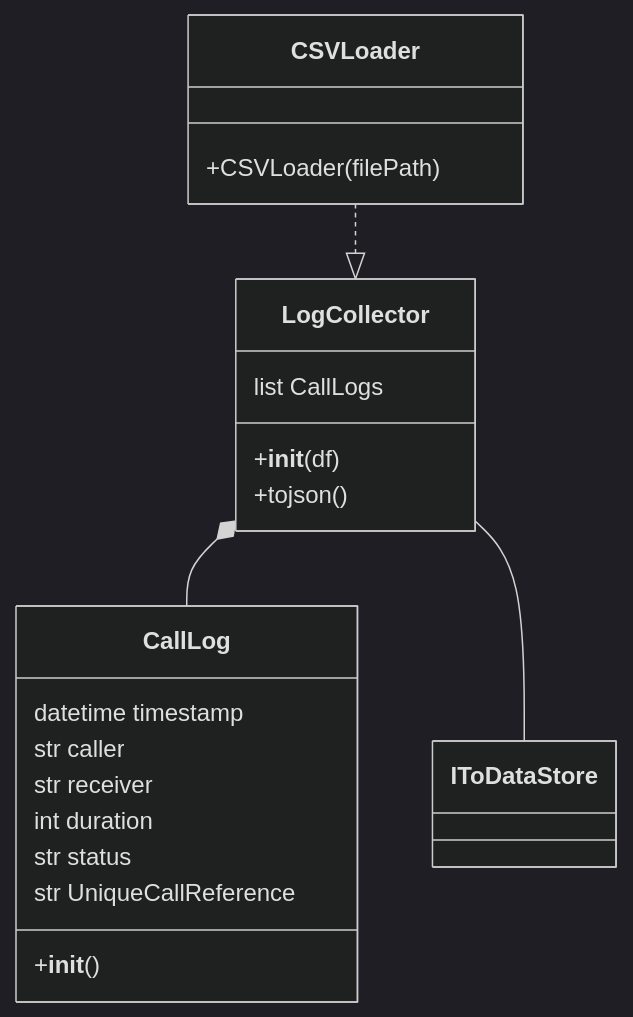
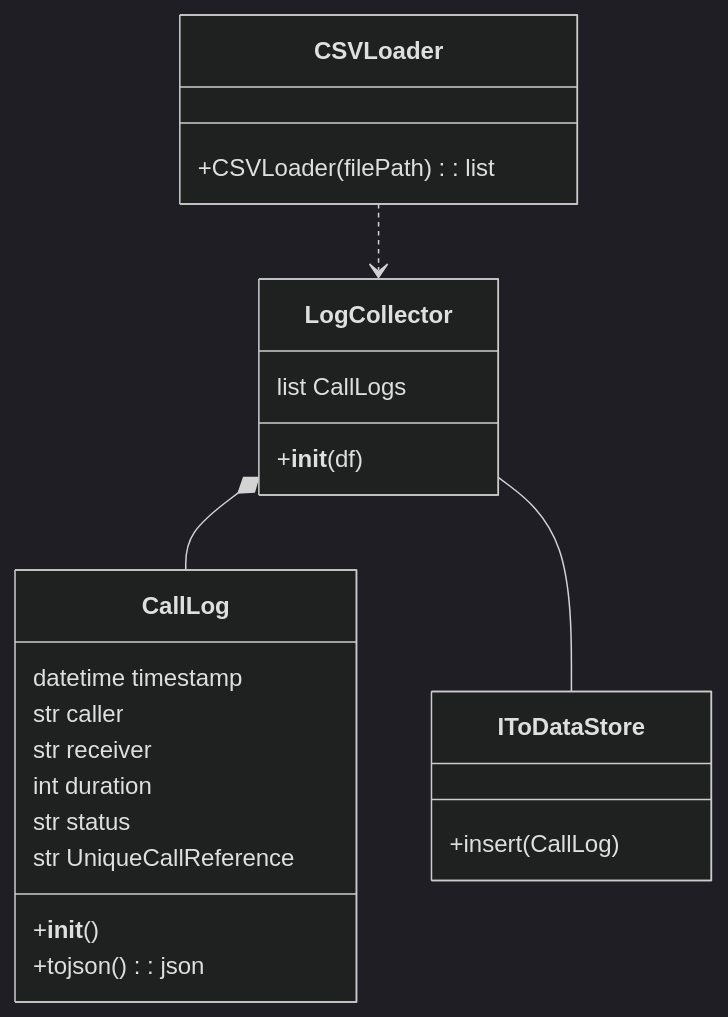
Before and after one commit to Davide-OttoneCasagrande/Call-Log-Handler: the diagram in docs/drs.md, drawn with Mermaid (dark theme). The commit also changed other lines of this file, not shown here.

```diff
--- a/docs/drs.md
+++ b/docs/drs.md
@@ -92,30 +90,30 @@
 ::: mermaid
 classDiagram
-
-    CSVLoader ..|> LogCollector
+    CSVLoader ..> LogCollector
     LogCollector *-- CallLog
     LogCollector -- IToDataStore
 
     class CSVLoader {
-        +CSVLoader(filePath)
+        +CSVLoader(filePath): list
     }
 
     class LogCollector {
         list CallLogs 
         +__init__(df)
-        +tojson()
     }
 
     class CallLog {
         datetime timestamp
         str caller
         str receiver
         int duration
         str status
         str UniqueCallReference
         +__init__()
+        +tojson(): json
     }
 
     class IToDataStore {
+    +insert(CallLog)
     }
 :::
```
